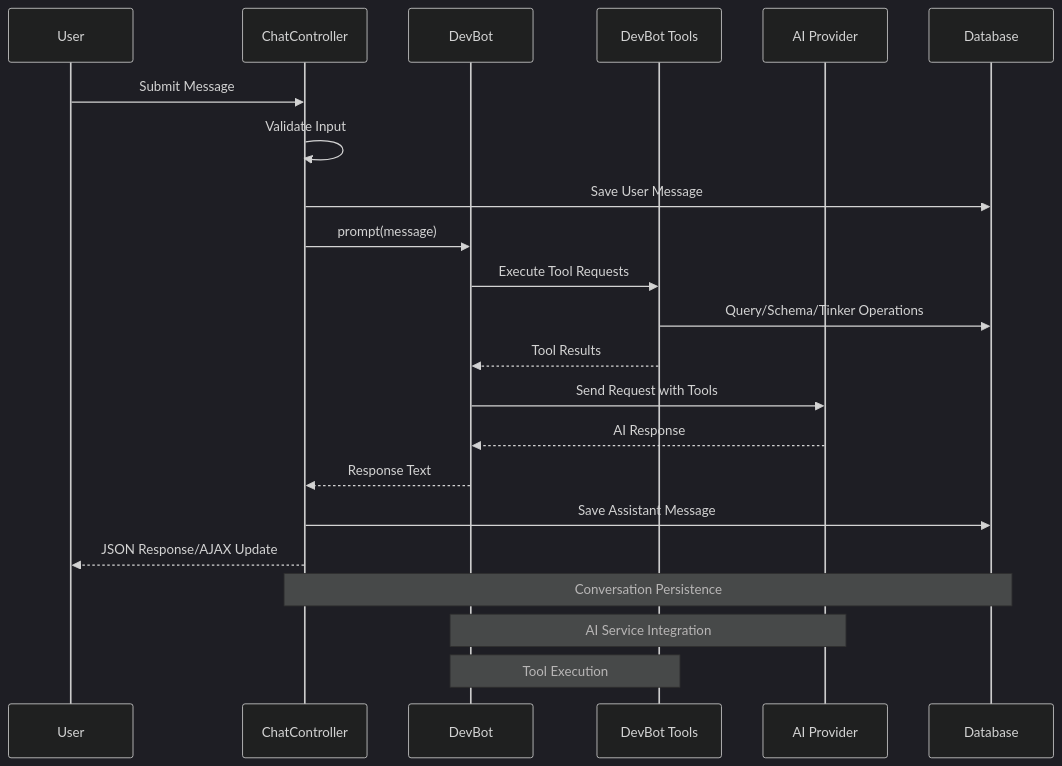
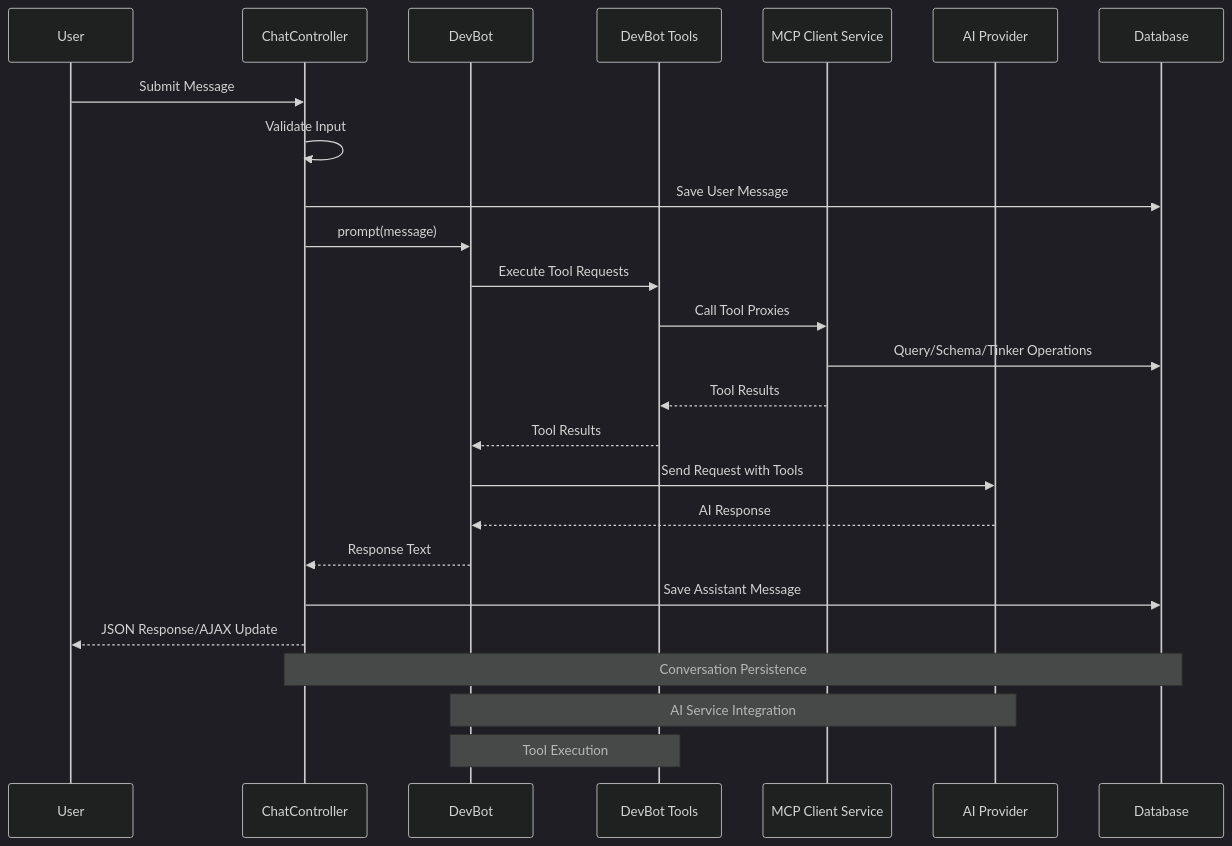
The fifth of 9 diagrams in .qoder/repowiki/en/content/Frontend Development/Chat Interface System.md (siimliimand/laravel-assistant), drawn with Mermaid (dark theme) before and after one commit. The commit also changed other lines of this file and 7 other files, not shown here.

First line of the commit message:
feat(mcp-client): integrate MCP protocol client service for DevBot AI agent tools

````diff
--- a/.qoder/repowiki/en/content/Frontend Development/Chat Interface System.md
+++ b/.qoder/repowiki/en/content/Frontend Development/Chat Interface System.md
@@ -272,24 +285,27 @@
 ```mermaid
 sequenceDiagram
 participant User as User
 participant Controller as ChatController
 participant Agent as DevBot
 participant Tools as DevBot Tools
+participant MCP as MCP Client Service
 participant Provider as AI Provider
 participant Database as Database
 User->>Controller : Submit Message
 Controller->>Controller : Validate Input
 Controller->>Database : Save User Message
 Controller->>Agent : prompt(message)
 Agent->>Tools : Execute Tool Requests
-Tools->>Database : Query/Schema/Tinker Operations
+Tools->>MCP : Call Tool Proxies
+MCP->>Database : Query/Schema/Tinker Operations
+MCP-->>Tools : Tool Results
 Tools-->>Agent : Tool Results
 Agent->>Provider : Send Request with Tools
 Provider-->>Agent : AI Response
 Agent-->>Controller : Response Text
 Controller->>Database : Save Assistant Message
 Controller-->>User : JSON Response/AJAX Update
 Note over Controller,Database : Conversation Persistence
 Note over Agent,Provider : AI Service Integration
 Note over Agent,Tools : Tool Execution
 ```
````
